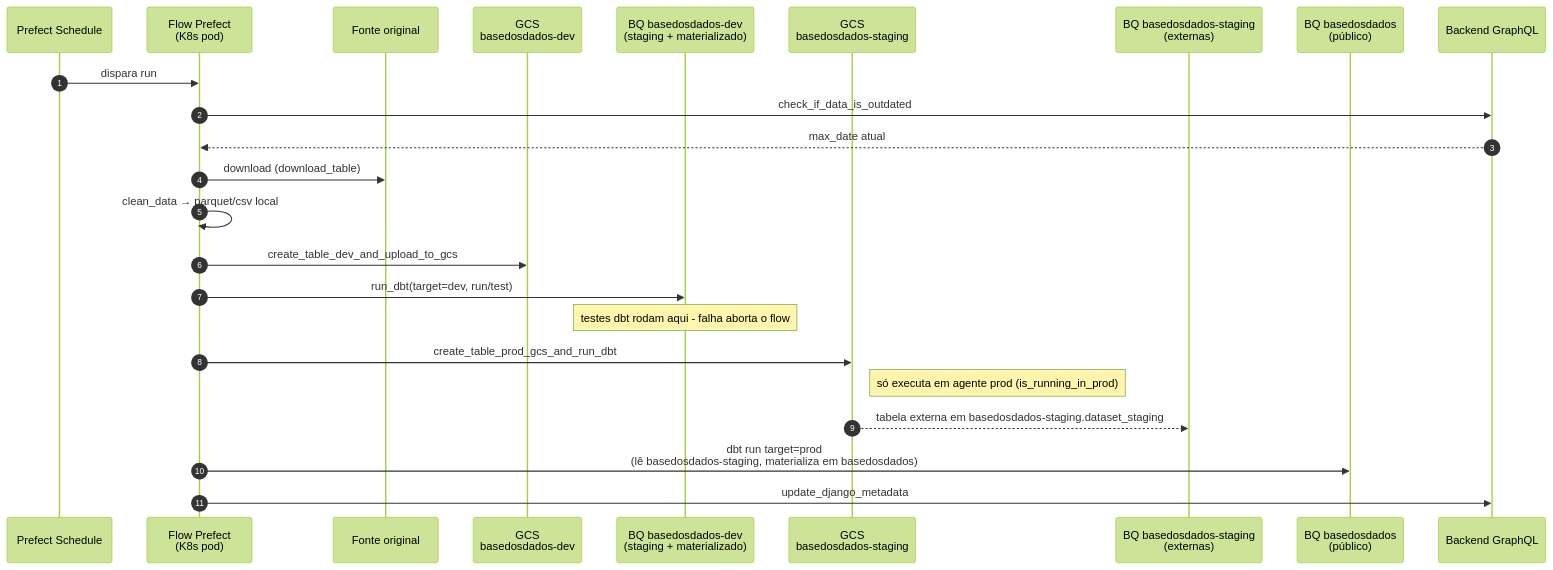
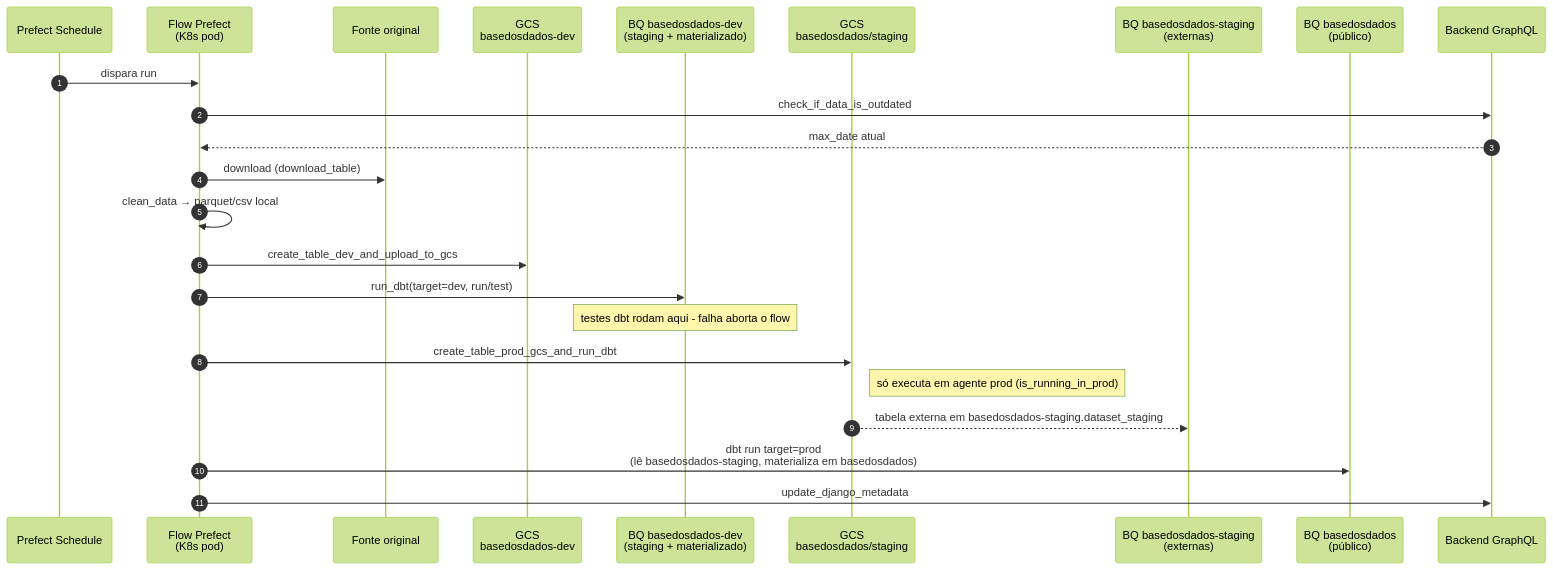
One commit to basedosdados/manual-equipe-dados changed the second of 3 diagrams in docs/onboarding/fluxo-de-dados-e-infraestrutura.md. Above: the diagram before and after it, drawn with Mermaid (forest theme). The commit also changed other lines of this file and 3 other files, not shown here.

````diff
--- a/docs/onboarding/fluxo-de-dados-e-infraestrutura.md
+++ b/docs/onboarding/fluxo-de-dados-e-infraestrutura.md
@@ -75,27 +75,27 @@
 ```mermaid
 sequenceDiagram
     autonumber
     participant SCH as Prefect Schedule
     participant FLOW as Flow Prefect<br/>(K8s pod)
     participant SRC as Fonte original
     participant GDEV as GCS<br/>basedosdados-dev
     participant BQD as BQ basedosdados-dev<br/>(staging + materializado)
-    participant GPRD as GCS<br/>basedosdados-staging
+    participant GPRD as GCS<br/>basedosdados/staging
     participant BQPS as BQ basedosdados-staging<br/>(externas)
     participant BQP as BQ basedosdados<br/>(público)
     participant API as Backend GraphQL
 
     SCH->>FLOW: dispara run
     FLOW->>API: check_if_data_is_outdated
     API-->>FLOW: max_date atual
     FLOW->>SRC: download (download_table)
     FLOW->>FLOW: clean_data → parquet/csv local
     FLOW->>GDEV: create_table_dev_and_upload_to_gcs
     FLOW->>BQD: run_dbt(target=dev, run/test)
     Note over BQD: testes dbt rodam aqui - falha aborta o flow
     FLOW->>GPRD: create_table_prod_gcs_and_run_dbt
     Note right of GPRD: só executa em agente prod (is_running_in_prod)
     GPRD-->>BQPS: tabela externa em basedosdados-staging.dataset_staging
     FLOW->>BQP: dbt run target=prod<br/>(lê basedosdados-staging, materializa em basedosdados)
     FLOW->>API: update_django_metadata
 ```
````
